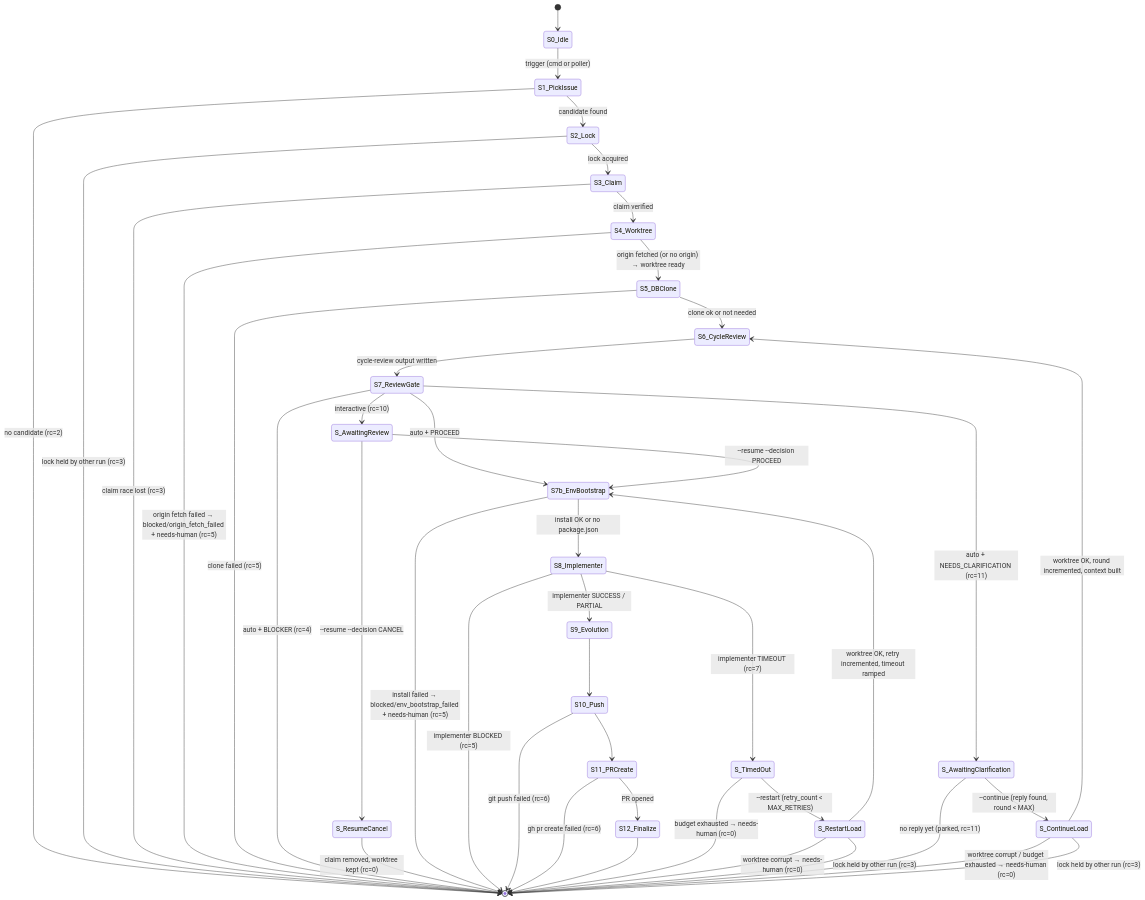
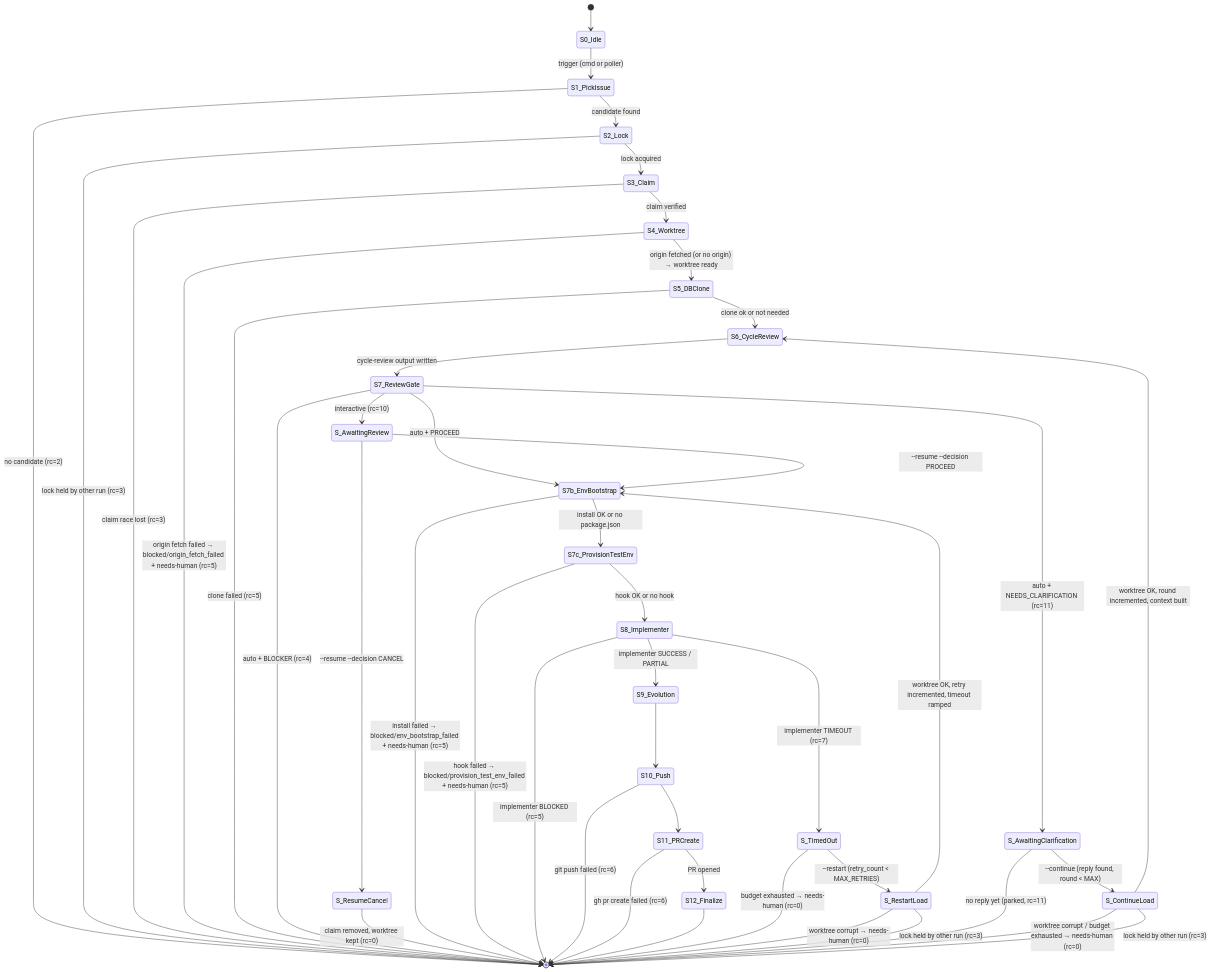
One commit to Silon-Oy/silon-issue-runner changed the diagram in docs/diagrams/run-issues-state-machine.mmd. Above: the diagram before and after it, drawn with Mermaid. The commit also changed 2 other files, not shown here.

Commit message:
docs(run-issues): document S7c provision-test-env hook

```diff
--- a/docs/diagrams/run-issues-state-machine.mmd
+++ b/docs/diagrams/run-issues-state-machine.mmd
@@ -1,108 +1,122 @@
 %% /run-issues orchestrator — state machine
 %% Source of truth for orchestrate.sh control flow. Update both together.
 %%
 %% Two-phase resume-capable machine:
 %%   Phase A (S1..S6) runs from start. Review gate (S7) either decides
 %%   automatically (RUN_ISSUES_AUTO=1) and continues to Phase B in the
 %%   same invocation, or exits 10 ("awaiting_review") preserving lock +
 %%   claim + worktree. A separate --resume <run-dir> --decision
 %%   PROCEED|CANCEL invocation jumps to Phase B (S8..S12) or to
 %%   resume_cancel.
 stateDiagram-v2
     [*] --> S0_Idle
 
     %% ----- Phase A: pick → cycle-review -----
     S0_Idle --> S1_PickIssue: trigger (cmd or poller)
     S1_PickIssue --> S2_Lock: candidate found
     S1_PickIssue --> [*]: no candidate (rc=2)
 
     S2_Lock --> S3_Claim: lock acquired
     S2_Lock --> [*]: lock held by other run (rc=3)
 
     S3_Claim --> S4_Worktree: claim verified
     S3_Claim --> [*]: claim race lost (rc=3)
 
     %% S4 refreshes origin (refresh_origin) BEFORE branching so the worktree's
     %% base is the real remote tip. On a NEW run a stale base is unrecoverable,
     %% so a failed fetch is fail-fast. No origin remote -> skipped (local repo).
     %% (restart/continue also refresh origin, but softly — internal state_events,
     %% no state transition: a failed fetch there only risks a slightly stale
     %% RESTART_CONTEXT / cycle-review base and is non-fatal.)
     S4_Worktree --> S5_DBClone: origin fetched (or no origin) → worktree ready
     S4_Worktree --> [*]: origin fetch failed → blocked/origin_fetch_failed + needs-human (rc=5)
     S5_DBClone --> S6_CycleReview: clone ok or not needed
     S5_DBClone --> [*]: clone failed (rc=5)
 
     %% S6_CycleReview merges the GoodReason Strategist (Σ/χ) and Architect
     %% (β/τ) roles into one prompt (prompts/01-cycle-review.md) — there is no
     %% separate Architect call. Deliberate simplification; see CLAUDE.md.
     S6_CycleReview --> S7_ReviewGate: cycle-review output written
 
     %% ----- Review gate: auto resolves in-process; interactive exits 10 -----
     S7_ReviewGate --> S7b_EnvBootstrap: auto + PROCEED
     S7_ReviewGate --> [*]: auto + BLOCKER (rc=4)
     S7_ReviewGate --> S_AwaitingClarification: auto + NEEDS_CLARIFICATION (rc=11)
     S7_ReviewGate --> S_AwaitingReview: interactive (rc=10)
 
     %% ----- Resume entry from awaiting_review -----
     S_AwaitingReview --> S7b_EnvBootstrap: --resume --decision PROCEED
     S_AwaitingReview --> S_ResumeCancel: --resume --decision CANCEL
     S_ResumeCancel --> [*]: claim removed, worktree kept (rc=0)
 
     %% ----- S7b: fail-fast env bootstrap before the implementer -----
     %% Installs the worktree's dependencies (package manager detected from the
     %% root lockfile: pnpm-lock.yaml/yarn.lock/package-lock.json). This turns an
     %% environment obstacle (e.g. a missing GITHUB_TOKEN that breaks private
     %% @scope/* installs from GitHub Packages) into an immediate, diagnosable
     %% blocked run instead of a silent implementer timeout that burns the whole
     %% budget. No package.json -> no-op (the dotfiles repo itself). On every path
     %% that reaches phase_b (start, --resume, --restart, --continue) this is the
     %% single chokepoint before S8. Secrets come from a machine-local, gitignored
     %% env file (~/.config/run-issues/env) sourced at startup — never the repo.
-    S7b_EnvBootstrap --> S8_Implementer: install OK or no package.json
+    S7b_EnvBootstrap --> S7c_ProvisionTestEnv: install OK or no package.json
     S7b_EnvBootstrap --> [*]: install failed → blocked/env_bootstrap_failed + needs-human (rc=5)
+
+    %% ----- S7c: opt-in per-run test-env provisioning hook -----
+    %% Runs the target repo's <worktree>/.claude/provision-test-env.sh
+    %% (provision <run-id>) so a run gets whatever external resources its tests
+    %% need — a migrated test database, Redis, … — provisioned automatically with
+    %% run-id isolation, and injects their addresses as KEY=VALUE env vars into
+    %% the implementer. Generalizes the db-clone pattern; the project owns the
+    %% project-specific logic (migration command, conn-string shape). Placed
+    %% AFTER S7b so the hook can rely on installed node_modules (e.g. pnpm prisma)
+    %% and BEFORE S8 so the implementer's test run sees the injected vars. No hook
+    %% / not executable -> no-op. Idempotent on every phase_b path. Static
+    %% credentials come from the machine-local env file, never the committed hook.
+    S7c_ProvisionTestEnv --> S8_Implementer: hook OK or no hook
+    S7c_ProvisionTestEnv --> [*]: hook failed → blocked/provision_test_env_failed + needs-human (rc=5)
 
     %% ----- Phase B: implementer → PR -----
     S8_Implementer --> S9_Evolution: implementer SUCCESS / PARTIAL
     S8_Implementer --> [*]: implementer BLOCKED (rc=5)
     %% Timeout (claude rc=124, or a hard-kill caught by the cleanup trap):
     %% finalize status=timed_out + timeout_phase=S8_Implementer, exit 7. The
     %% per-run current_state field (written by enter_state at every step) is the
     %% durable record the trap reads to detect a non-terminal S8.
     S8_Implementer --> S_TimedOut: implementer TIMEOUT (rc=7)
     S9_Evolution --> S10_Push
     S10_Push --> S11_PRCreate
     S10_Push --> [*]: git push failed (rc=6)
     S11_PRCreate --> S12_Finalize: PR opened
     S11_PRCreate --> [*]: gh pr create failed (rc=6)
     S12_Finalize --> [*]
 
     %% ----- Timeout auto-restart loop -----
     %% A timed_out run is picked up by poller.sh's scan_timed_out (or a manual
     %% --restart) and re-enters Phase B with a ramped, capped timeout
     %% (base*(1+retry_count), cap RUN_ISSUES_CLAUDE_TIMEOUT_MAX). retry_count is
     %% incremented BEFORE the claude call so the spend is durable under the lock.
     %% Restart skips pick/claim — the lock + GitHub assignee persist.
     S_TimedOut --> S_RestartLoad: --restart (retry_count < MAX_RETRIES)
     S_TimedOut --> [*]: budget exhausted → needs-human (rc=0)
     S_RestartLoad --> S7b_EnvBootstrap: worktree OK, retry incremented, timeout ramped
     S_RestartLoad --> [*]: worktree corrupt → needs-human (rc=0)
     S_RestartLoad --> [*]: lock held by other run (rc=3)
 
     %% ----- Clarification answer-and-continue loop -----
     %% NEEDS_CLARIFICATION parks the run as status=awaiting_clarification (rc=11):
     %% lock released, GitHub assignee + waiting label kept. The situation comment
     %% embeds an awaiting-answer marker (ts). poller.sh's scan_answered (host gate,
     %% round < MAX_CLARIFICATIONS) detects maintainer's reply by timestamp (detect_answer:
     %% createdAt > marker ts AND body lacks the run-issues: token) and launches
     %% orchestrate.sh --continue <run-dir> in a run-issues-continue-<issue> session.
     %% --continue re-runs S6 (run_cycle_review) with CLARIFICATION_CONTEXT built from
     %% the reply; clarification_round is incremented BEFORE the claude call.
     S_AwaitingClarification --> S_ContinueLoad: --continue (reply found, round < MAX)
     S_AwaitingClarification --> [*]: no reply yet (parked, rc=11)
     S_ContinueLoad --> S6_CycleReview: worktree OK, round incremented, context built
     S_ContinueLoad --> [*]: worktree corrupt / budget exhausted → needs-human (rc=0)
     S_ContinueLoad --> [*]: lock held by other run (rc=3)
     %% Re-run outcomes feed straight back through S7_ReviewGate:
     %%   PROCEED → remove waiting label → Phase B; still NEEDS_CLARIFICATION →
     %%   re-park (round+1, rc=11); BLOCKER → needs-human (rc=4, no loop).
```
